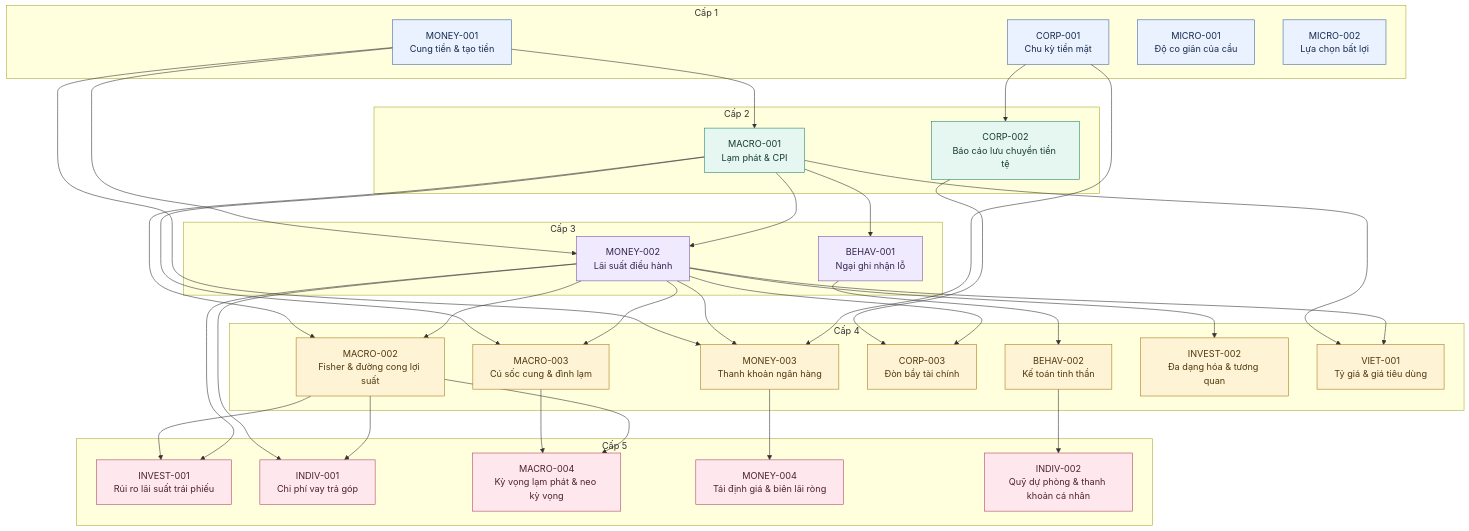
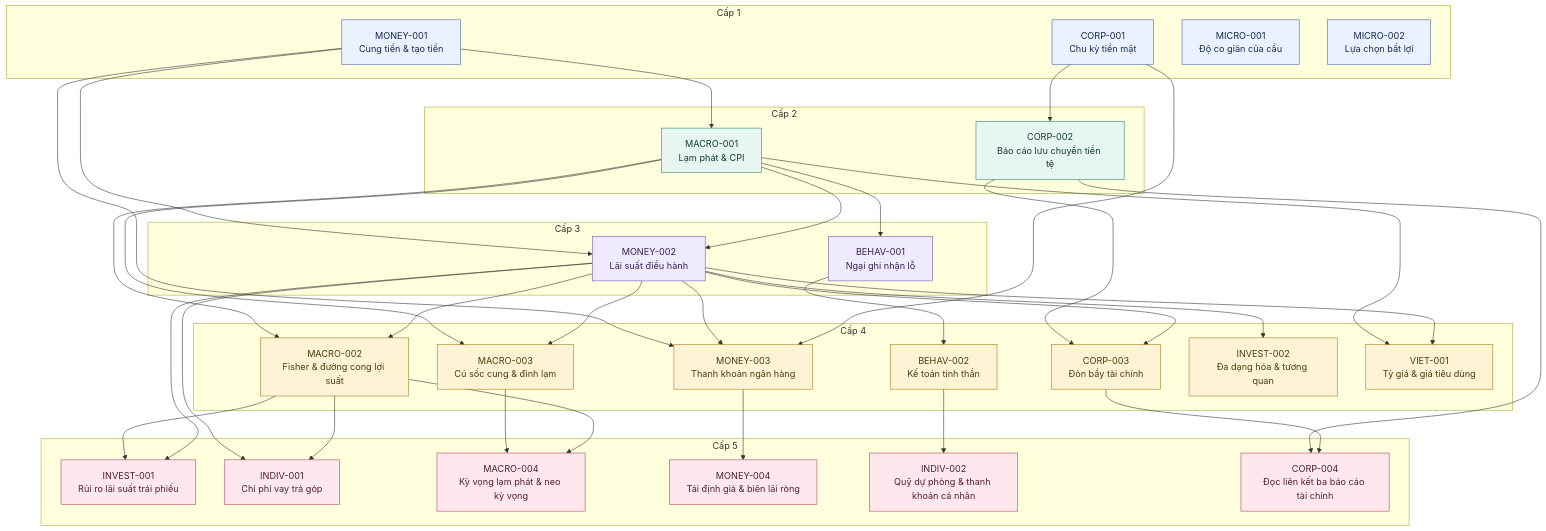
The diagram in LEARNED.md (lewisnguyen32/Eco-Random-Learning), drawn with Mermaid before and after one commit. The commit also changed other lines of this file and 5 other files, not shown here.

````diff
--- a/LEARNED.md
+++ b/LEARNED.md
@@ -15,77 +15,81 @@
 ```mermaid
 flowchart TB
     subgraph LEVEL_1["Cấp 1"]
         MONEY_001["MONEY-001<br/>Cung tiền & tạo tiền"]
         CORP_001["CORP-001<br/>Chu kỳ tiền mặt"]
         MICRO_001["MICRO-001<br/>Độ co giãn của cầu"]
         MICRO_002["MICRO-002<br/>Lựa chọn bất lợi"]
     end
 
     subgraph LEVEL_2["Cấp 2"]
         MACRO_001["MACRO-001<br/>Lạm phát & CPI"]
         CORP_002["CORP-002<br/>Báo cáo lưu chuyển tiền tệ"]
     end
 
     subgraph LEVEL_3["Cấp 3"]
         MONEY_002["MONEY-002<br/>Lãi suất điều hành"]
         BEHAV_001["BEHAV-001<br/>Ngại ghi nhận lỗ"]
     end
 
     subgraph LEVEL_4["Cấp 4"]
         MONEY_003["MONEY-003<br/>Thanh khoản ngân hàng"]
         MACRO_002["MACRO-002<br/>Fisher & đường cong lợi suất"]
         MACRO_003["MACRO-003<br/>Cú sốc cung & đình lạm"]
         CORP_003["CORP-003<br/>Đòn bẩy tài chính"]
         BEHAV_002["BEHAV-002<br/>Kế toán tinh thần"]
         INVEST_002["INVEST-002<br/>Đa dạng hóa & tương quan"]
         VIET_001["VIET-001<br/>Tỷ giá & giá tiêu dùng"]
     end
 
     subgraph LEVEL_5["Cấp 5"]
         INVEST_001["INVEST-001<br/>Rủi ro lãi suất trái phiếu"]
         INDIV_001["INDIV-001<br/>Chi phí vay trả góp"]
         MACRO_004["MACRO-004<br/>Kỳ vọng lạm phát & neo kỳ vọng"]
         MONEY_004["MONEY-004<br/>Tái định giá & biên lãi ròng"]
         INDIV_002["INDIV-002<br/>Quỹ dự phòng & thanh khoản cá nhân"]
+        CORP_004["CORP-004<br/>Đọc liên kết ba báo cáo tài chính"]
     end
 
     MONEY_001 --> MACRO_001
     CORP_001 --> CORP_002
     MONEY_001 --> MONEY_002
     MACRO_001 --> MONEY_002
     MACRO_001 --> BEHAV_001
     MONEY_001 --> MONEY_003
     MONEY_002 --> MONEY_003
     CORP_001 --> MONEY_003
     MACRO_001 --> MACRO_002
     MONEY_002 --> MACRO_002
     MACRO_001 --> MACRO_003
     MONEY_002 --> MACRO_003
     MACRO_002 --> INVEST_001
     MONEY_002 --> INVEST_001
     MONEY_002 --> INDIV_001
     MACRO_002 --> INDIV_001
     CORP_002 --> CORP_003
+    CORP_002 --> CORP_004
+    CORP_003 --> CORP_004
     MONEY_002 --> CORP_003
     BEHAV_001 --> BEHAV_002
     BEHAV_002 --> INDIV_002
     MONEY_002 --> INVEST_002
     MACRO_003 --> MACRO_004
     MACRO_002 --> MACRO_004
     MONEY_003 --> MONEY_004
     MACRO_001 --> VIET_001
     MONEY_002 --> VIET_001
 
     classDef level1 fill:#eaf2ff,stroke:#4263a8,color:#172b4d
     classDef level2 fill:#e6f6f0,stroke:#25856b,color:#173d32
     classDef level3 fill:#f0eaff,stroke:#7952a8,color:#35234d
     classDef level4 fill:#fff3d6,stroke:#a87918,color:#4d390e
     classDef level5 fill:#ffe8ed,stroke:#ae4560,color:#4d2030
     class MONEY_001,CORP_001,MICRO_001,MICRO_002 level1
     class MACRO_001,CORP_002 level2
     class MONEY_002,BEHAV_001 level3
     class MONEY_003,MACRO_002,MACRO_003,CORP_003,BEHAV_002,INVEST_002,VIET_001 level4
     class INVEST_001,INDIV_001,MACRO_004 level5
     class MONEY_004 level5
     class INDIV_002 level5
+    class CORP_004 level5
 ```
````
